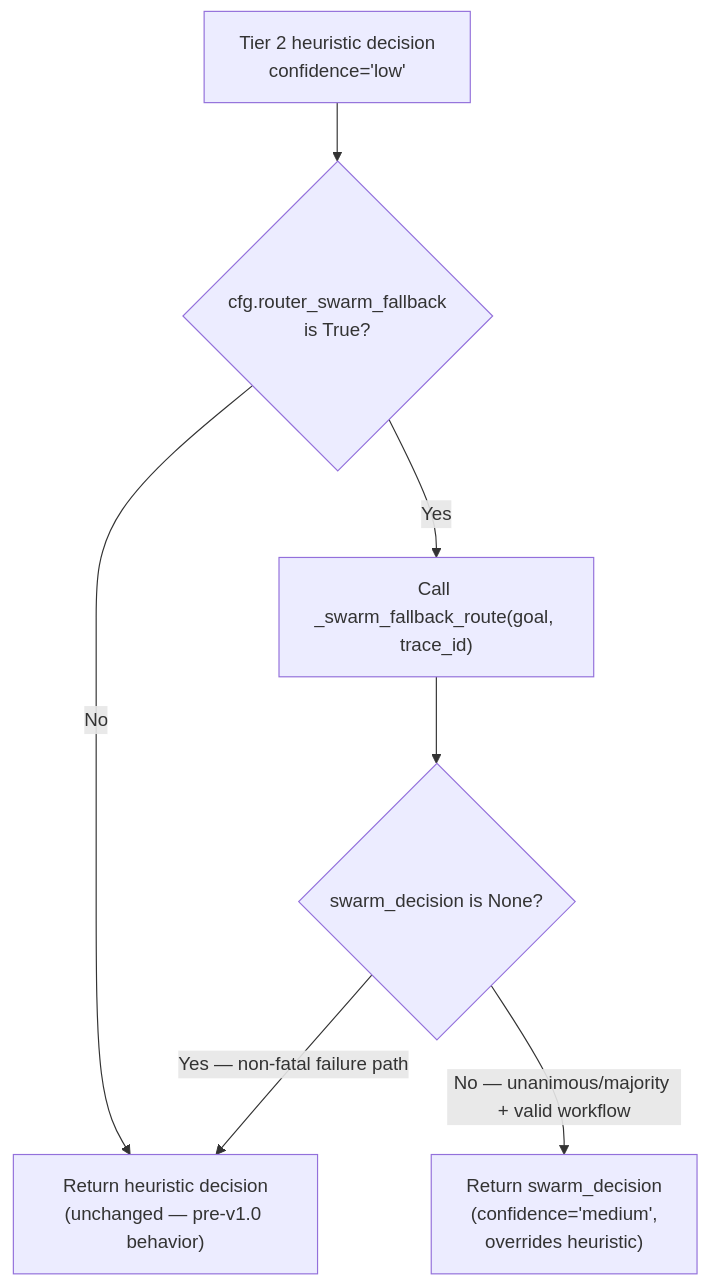
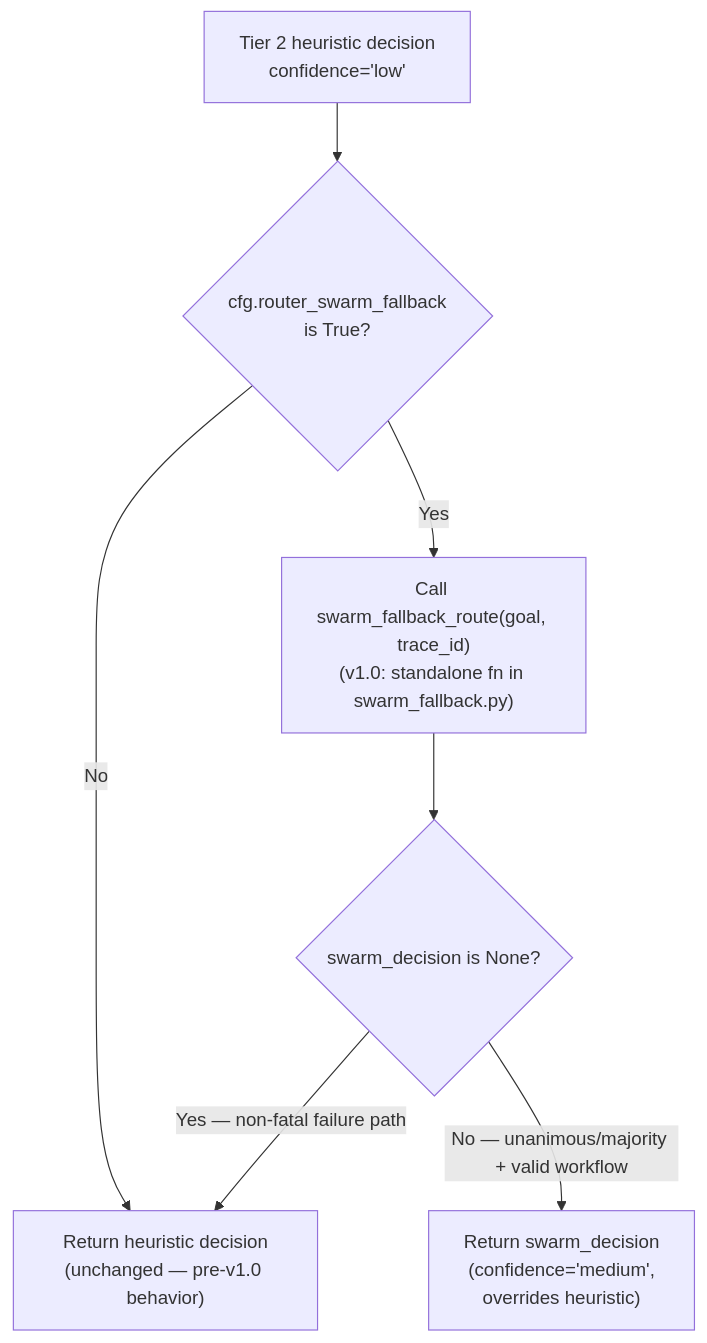
One commit to brunogcar/agent changed the fifth of 5 diagrams in docs/core/router/API.md. Above: the diagram before and after it, drawn with Mermaid. The commit also changed other lines of this file and 18 other files, not shown here.

````diff
--- a/docs/core/router/API.md
+++ b/docs/core/router/API.md
@@ -399,9 +560,9 @@
 ```mermaid
 graph TD
     A["Tier 2 heuristic decision<br/>confidence='low'"] --> B{"cfg.router_swarm_fallback<br/>is True?"}
     B -->|No| F["Return heuristic decision<br/>(unchanged — pre-v1.0 behavior)"]
-    B -->|Yes| C["Call _swarm_fallback_route(goal, trace_id)"]
+    B -->|Yes| C["Call swarm_fallback_route(goal, trace_id)<br/>(v1.0: standalone fn in swarm_fallback.py)"]
     C --> D{"swarm_decision is None?"}
     D -->|Yes — non-fatal failure path| F
     D -->|No — unanimous/majority + valid workflow| E["Return swarm_decision<br/>(confidence='medium',<br/>overrides heuristic)"]
 ```
````
